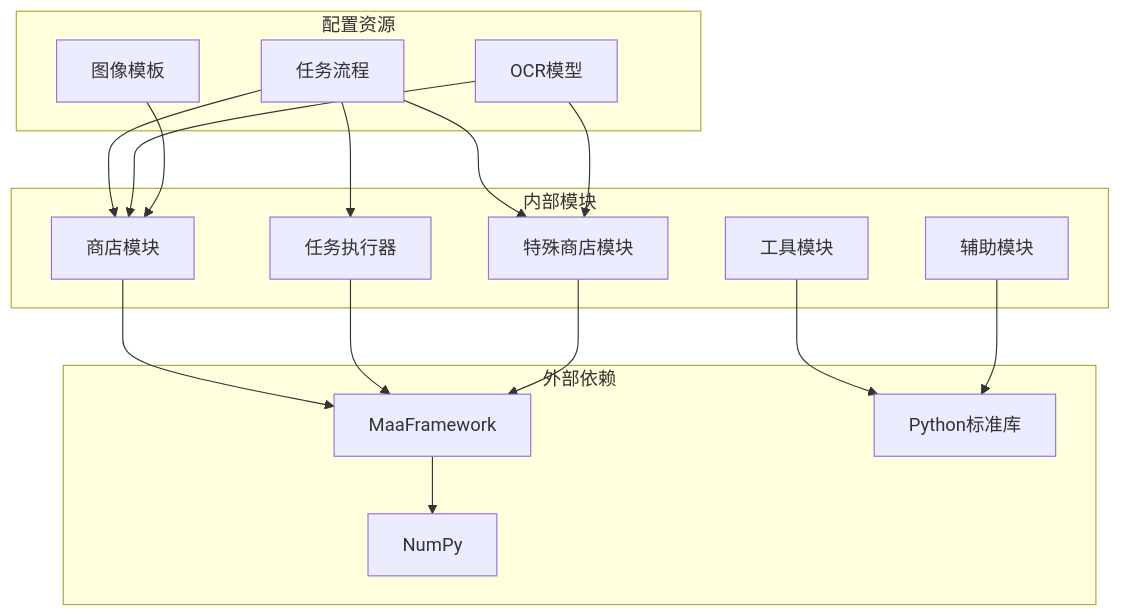
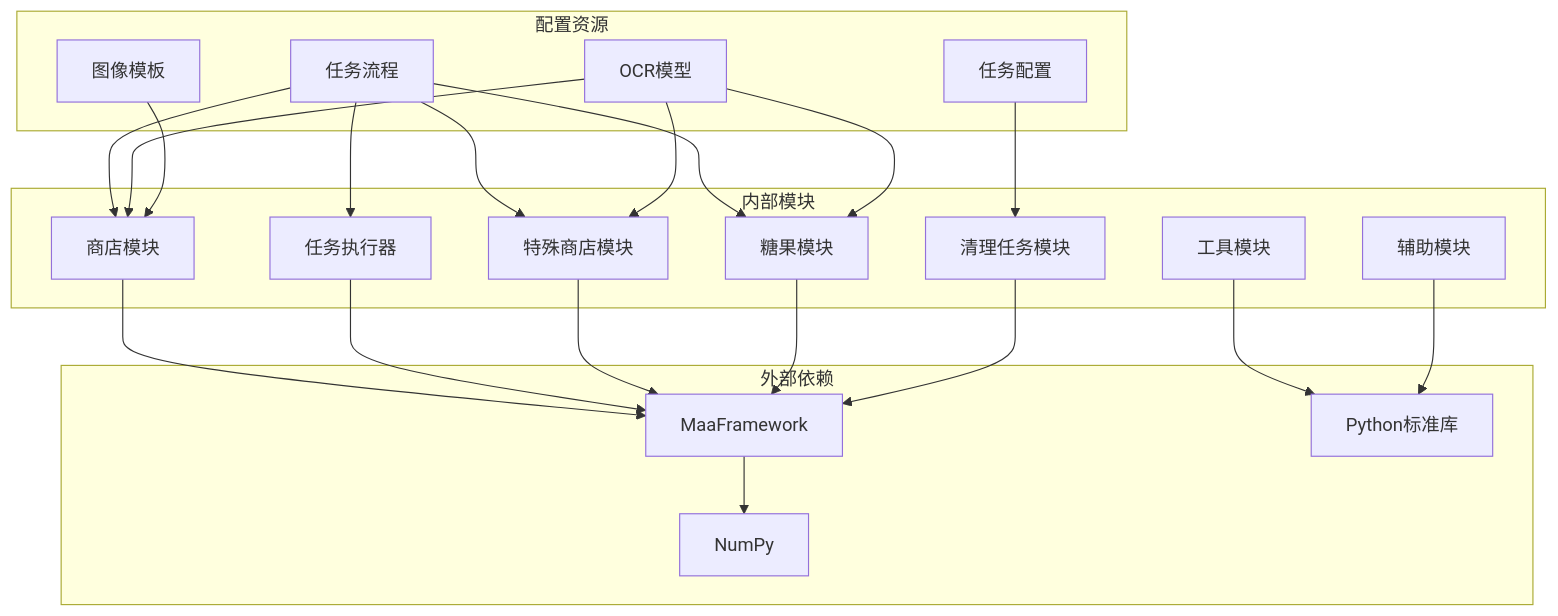
One commit to kqcoxn/MaaDuDuL changed diagram 12 of 13 in .qoder/repowiki/zh/content/核心功能详解/日常任务功能/每日采购功能.md. Above: the diagram before and after it, drawn with Mermaid. The commit also changed other lines of this file and 9 other files, not shown here.

````diff
--- a/.qoder/repowiki/zh/content/核心功能详解/日常任务功能/每日采购功能.md
+++ b/.qoder/repowiki/zh/content/核心功能详解/日常任务功能/每日采购功能.md
@@ -458,32 +535,40 @@
 ```mermaid
 graph TD
 subgraph "外部依赖"
 MaaFramework[MaaFramework]
 NumPy[NumPy]
 Python[Python标准库]
 end
 subgraph "内部模块"
 Store[商店模块]
 Tasker[任务执行器]
 Utils[工具模块]
 Helper[辅助模块]
 SpecialStore[特殊商店模块]
+Candy[糖果模块]
+ClearTasks[清理任务模块]
 end
 subgraph "配置资源"
 Pipeline[任务流程]
+TaskConfig[任务配置]
 OCR[OCR模型]
 Templates[图像模板]
 end
 Store --> MaaFramework
 Tasker --> MaaFramework
 SpecialStore --> MaaFramework
+Candy --> MaaFramework
+ClearTasks --> MaaFramework
 Utils --> Python
 Helper --> Python
 Pipeline --> Store
 Pipeline --> Tasker
 Pipeline --> SpecialStore
+Pipeline --> Candy
+TaskConfig --> ClearTasks
 OCR --> Store
 OCR --> SpecialStore
+OCR --> Candy
 Templates --> Store
 MaaFramework --> NumPy
 ```
````
